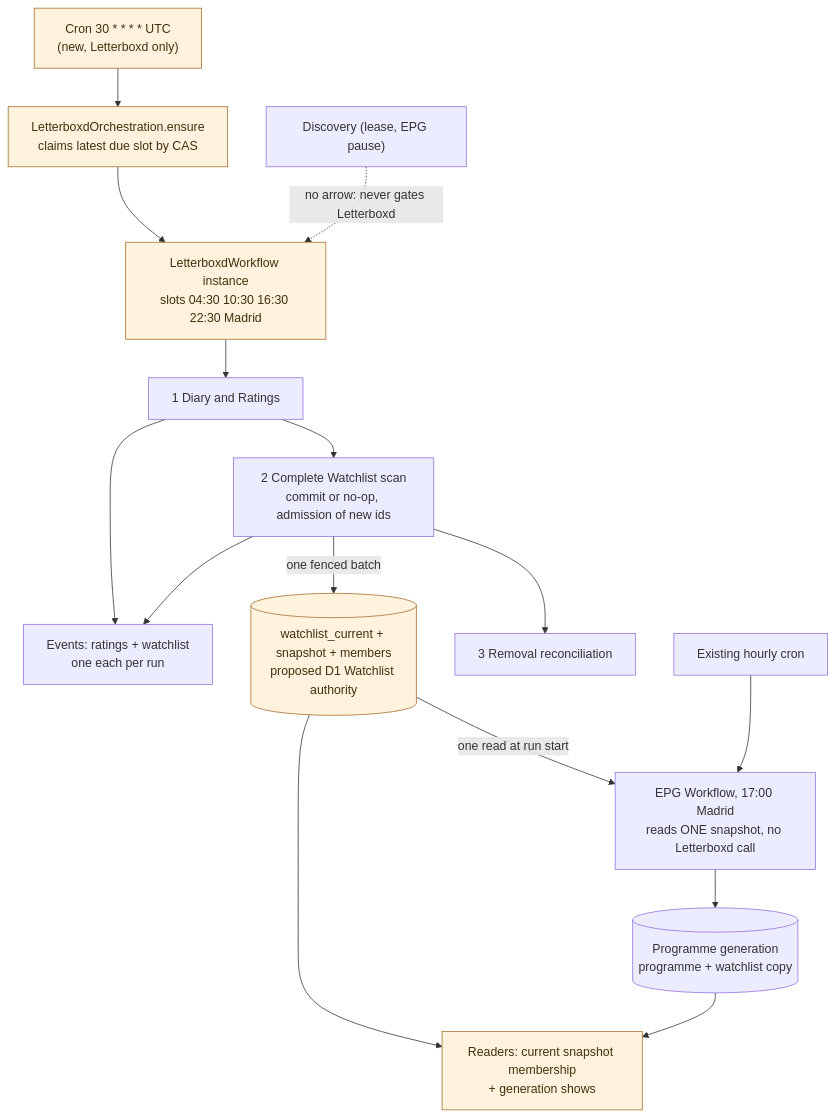
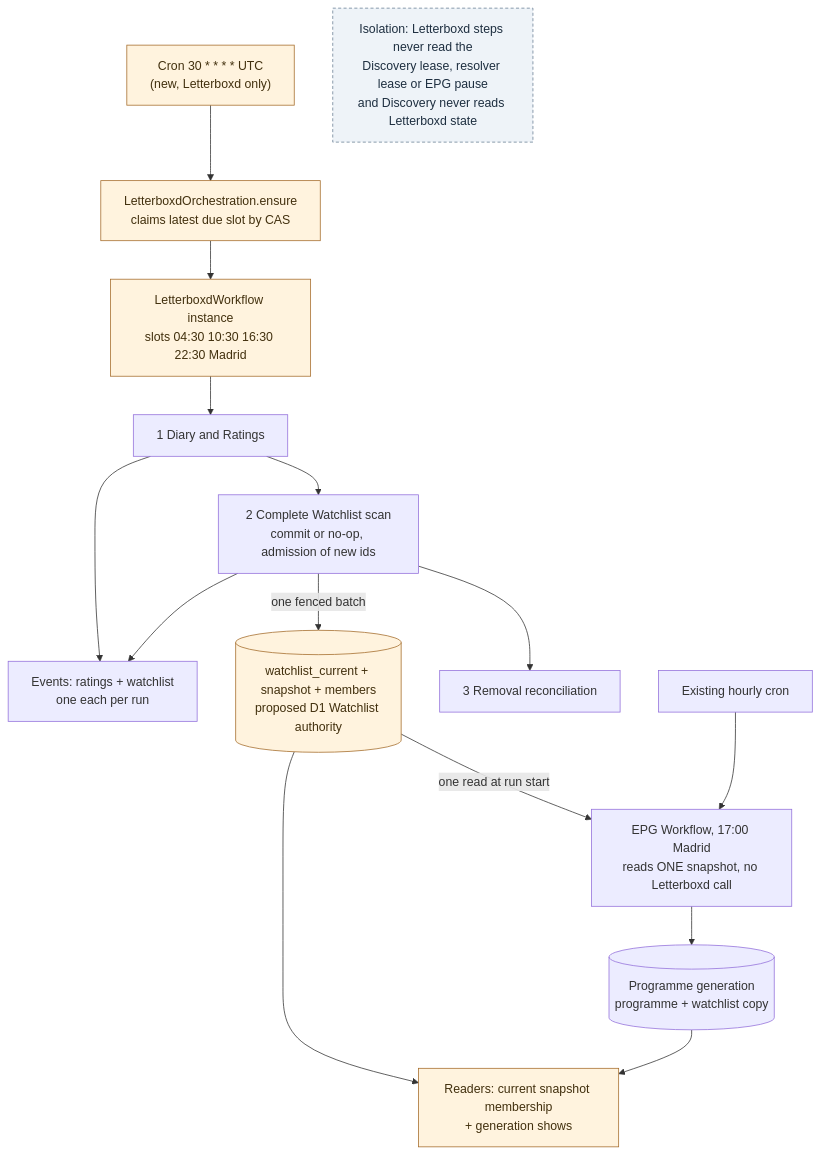
Before and after one commit to vladimino/iptv-watchlist: the first of 2 diagrams in docs/adr/0186-letterboxd-sync-and-independent-watchlist-authority.md, drawn with Mermaid. The commit also changed other lines of this file and 6 other files, not shown here.

First line of the commit message:
AIR-568: address review of ADR 0186 (durable effects journal, attempt-isolated staging, ADR 0177 pairing, pending-admission ledger, diagram semantics)

````diff
--- a/docs/adr/0186-letterboxd-sync-and-independent-watchlist-authority.md
+++ b/docs/adr/0186-letterboxd-sync-and-independent-watchlist-authority.md
@@ -96,28 +112,29 @@
 ```mermaid
 flowchart TD
     cronLb["Cron 30 * * * * UTC<br/>(new, Letterboxd only)"]
     ensure["LetterboxdOrchestration.ensure<br/>claims latest due slot by CAS"]
     wf["LetterboxdWorkflow instance<br/>slots 04:30 10:30 16:30 22:30 Madrid"]
     p1["1 Diary and Ratings"]
     p2["2 Complete Watchlist scan<br/>commit or no-op, admission of new ids"]
     p3["3 Removal reconciliation"]
     auth[("watchlist_current + snapshot + members<br/>proposed D1 Watchlist authority")]
     ev["Events: ratings + watchlist<br/>one each per run"]
     cronEpg["Existing hourly cron"]
     epg["EPG Workflow, 17:00 Madrid<br/>reads ONE snapshot, no Letterboxd call"]
     gen[("Programme generation<br/>programme + watchlist copy")]
     read["Readers: current snapshot membership<br/>+ generation shows"]
-    disc["Discovery (lease, EPG pause)"]
+    iso["Isolation: Letterboxd steps never read the<br/>Discovery lease, resolver lease or EPG pause<br/>and Discovery never reads Letterboxd state"]
     cronLb --> ensure --> wf --> p1 --> p2 --> p3
     p2 -->|"one fenced batch"| auth
     p1 --> ev
     p2 --> ev
     cronEpg --> epg
     auth -->|"one read at run start"| epg
     epg --> gen
     auth --> read
     gen --> read
-    disc -.->|"no arrow: never gates Letterboxd"| wf
     classDef proposed fill:#fff3de,stroke:#a56c2b,color:#42300e
     class cronLb,ensure,wf,auth,read proposed
+    classDef note fill:#eef3f8,stroke:#6a7f95,color:#1e2f40,stroke-dasharray:4 3
+    class iso note
 ```
````
